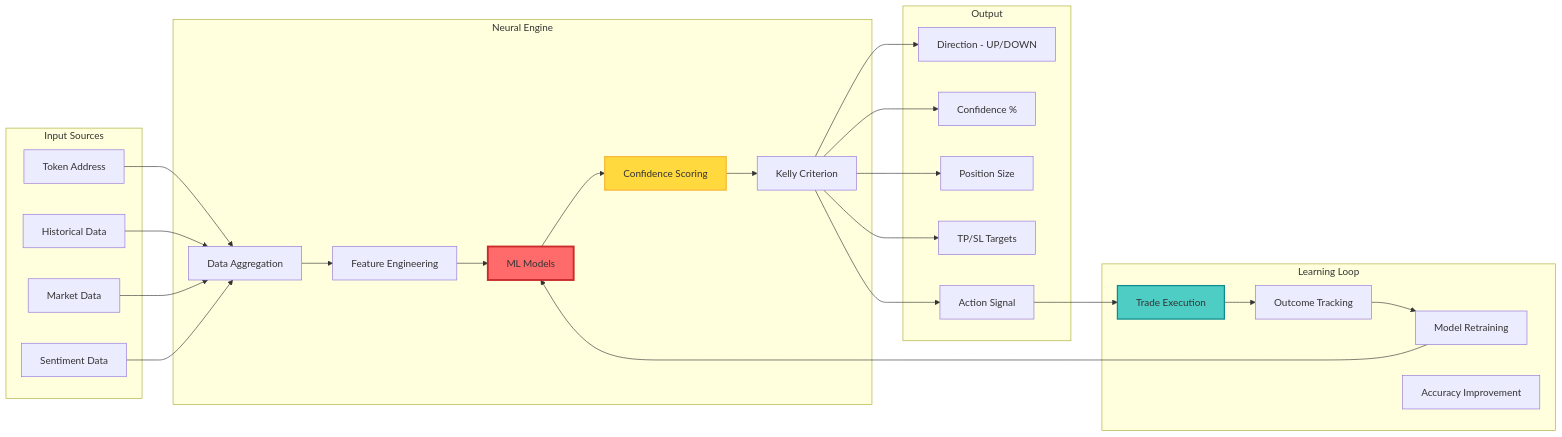
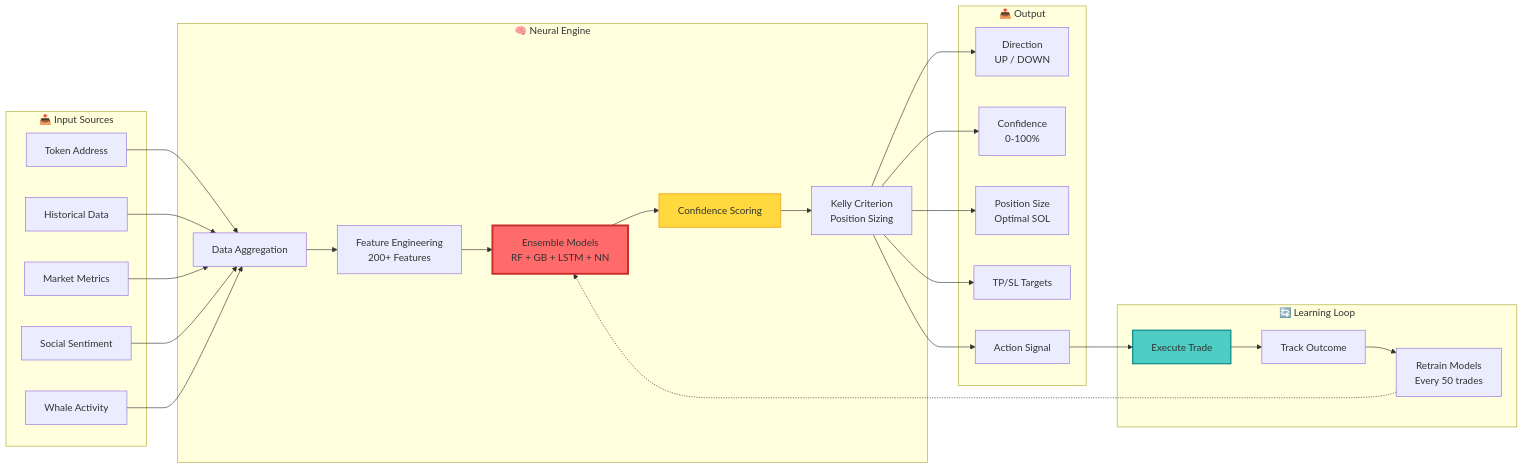
The second of 9 diagrams in README.md (blablablasealsaresoft/TGPrediction), drawn with Mermaid before and after one commit. The commit also changed other lines of this file, not shown here.

````diff
--- a/README.md
+++ b/README.md
@@ -634,57 +219,58 @@
 ```mermaid
 graph LR
-    subgraph "Input Sources"
-        A[Token Address]
-        B[Historical Data]
-        C[Market Data]
-        D[Sentiment Data]
+    subgraph "📥 Input Sources"
+        A["Token Address"]
+        B["Historical Data"]
+        C["Market Metrics"]
+        D["Social Sentiment"]
+        E["Whale Activity"]
     end
     
-    subgraph "Neural Engine"
-        E[Data Aggregation]
-        F[Feature Engineering]
-        G[ML Models]
-        H[Confidence Scoring]
-        I[Kelly Criterion]
+    subgraph "🧠 Neural Engine"
+        F["Data Aggregation"]
+        G["Feature Engineering<br/>200+ Features"]
+        H["Ensemble Models<br/>RF + GB + LSTM + NN"]
+        I["Confidence Scoring"]
+        J["Kelly Criterion<br/>Position Sizing"]
     end
     
-    subgraph "Output"
-        J[Direction - UP/DOWN]
-        K[Confidence %]
-        L[Position Size]
-        M[TP/SL Targets]
-        N[Action Signal]
+    subgraph "📤 Output"
+        K["Direction<br/>UP / DOWN"]
+        L["Confidence<br/>0-100%"]
+        M["Position Size<br/>Optimal SOL"]
+        N["TP/SL Targets"]
+        O["Action Signal"]
     end
     
-    subgraph "Learning Loop"
-        O[Trade Execution]
-        P[Outcome Tracking]
-        Q[Model Retraining]
-        R[Accuracy Improvement]
+    subgraph "🔄 Learning Loop"
+        P["Execute Trade"]
+        Q["Track Outcome"]
+        R["Retrain Models<br/>Every 50 trades"]
     end
     
-    A --> E
-    B --> E
-    C --> E
-    D --> E
+    A --> F
+    B --> F
+    C --> F
+    D --> F
+    E --> F
     
-    E --> F
     F --> G
     G --> H
     H --> I
+    I --> J
     
-    I --> J
-    I --> K
-    I --> L
-    I --> M
-    I --> N
+    J --> K
+    J --> L
+    J --> M
+    J --> N
+    J --> O
     
-    N --> O
     O --> P
     P --> Q
-    Q --> G
+    Q --> R
+    R -.-> H
     
-    style G fill:#ff6b6b,stroke:#c92a2a,stroke-width:3px
-    style H fill:#ffd93d,stroke:#f6b93b,stroke-width:2px
-    style O fill:#4ecdc4,stroke:#0f8b8d,stroke-width:2px
+    style H fill:#ff6b6b,stroke:#c92a2a,stroke-width:3px
+    style I fill:#ffd93d,stroke:#f6b93b,stroke-width:2px
+    style P fill:#4ecdc4,stroke:#0f8b8d,stroke-width:2px
 ```
````
